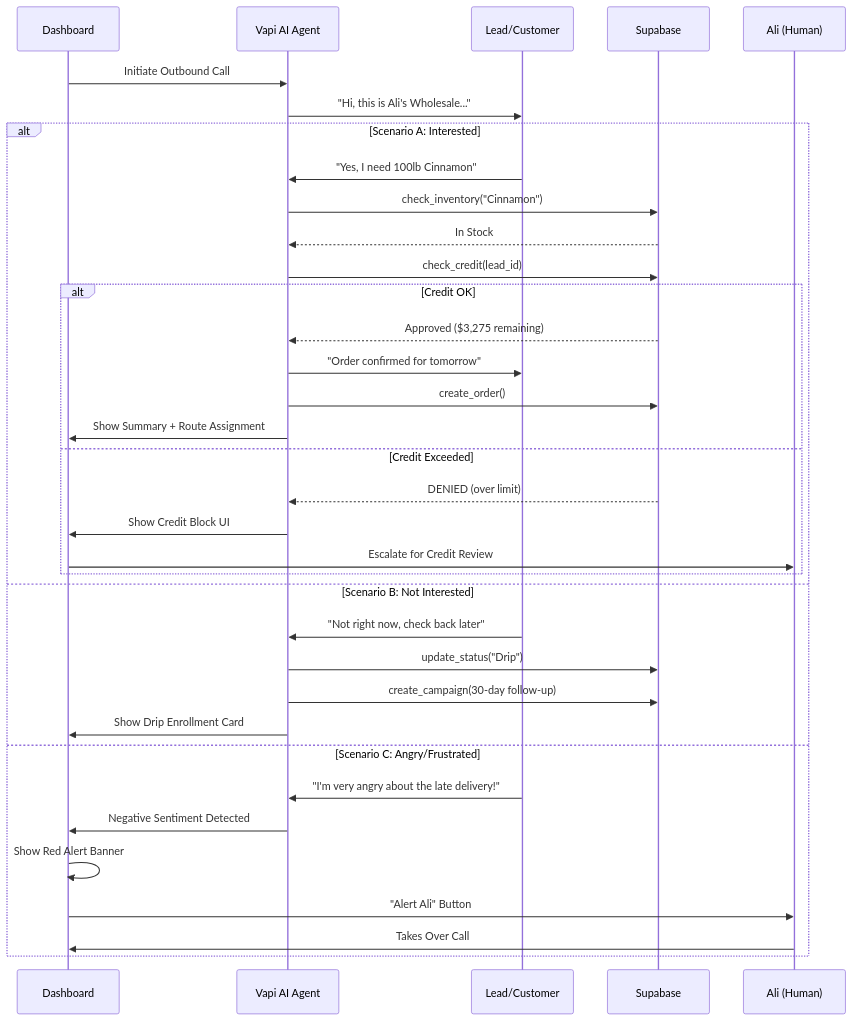
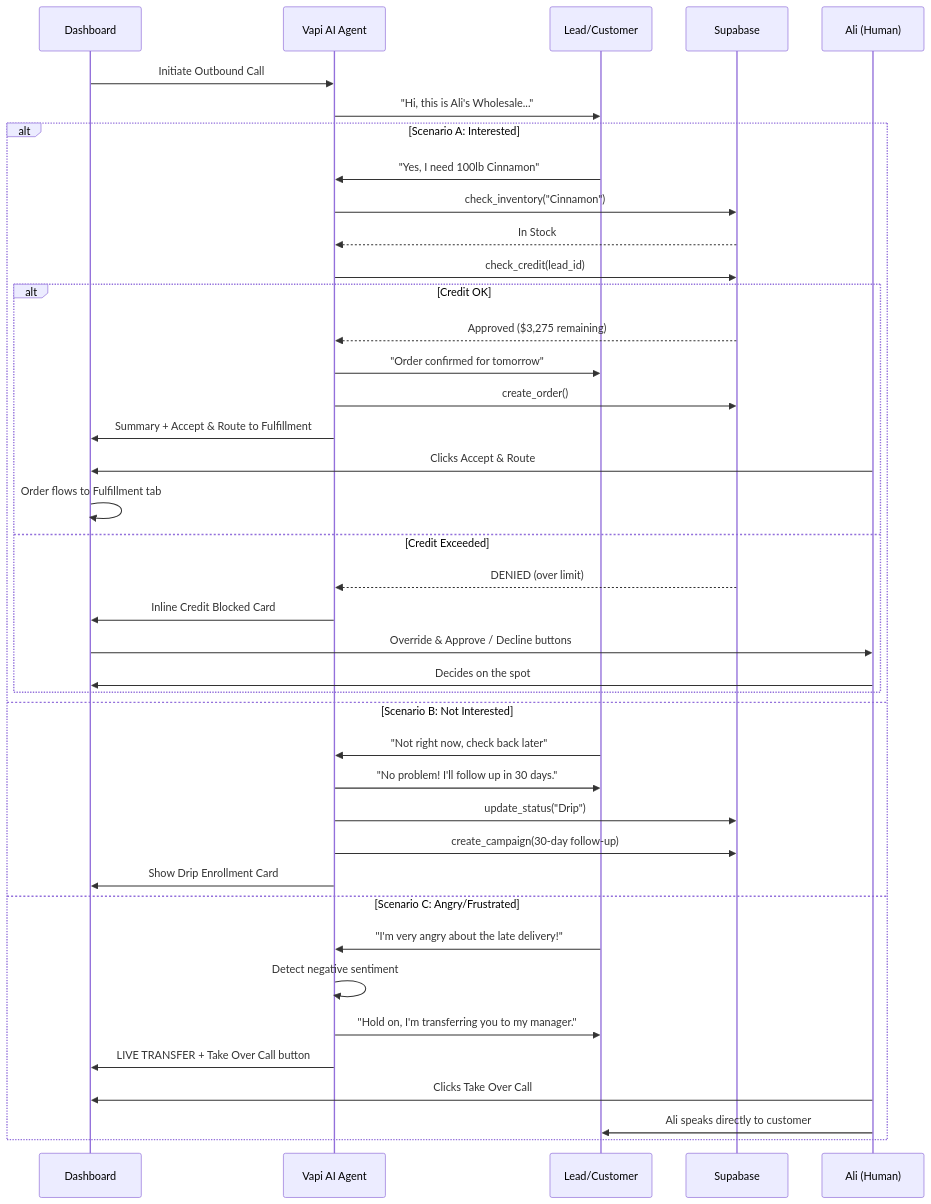
Before and after one commit to sk6786/AliWholesaleSaas: the diagram in docs/diagrams/03_call_workflow.mmd, drawn with Mermaid. The commit also changed 7 other files, not shown here.

First line of the commit message:
UX redesign: inline interrupts, live transfer, fulfillment with stop ordering

```diff
--- a/docs/diagrams/03_call_workflow.mmd
+++ b/docs/diagrams/03_call_workflow.mmd
@@ -1,37 +1,42 @@
 sequenceDiagram
     participant D as Dashboard
     participant V as Vapi AI Agent
     participant L as Lead/Customer
     participant DB as Supabase
-    participant H as Ali (Human)
+    participant A as Ali (Human)
 
     D->>V: Initiate Outbound Call
     V->>L: "Hi, this is Ali's Wholesale..."
     
     alt Scenario A: Interested
         L->>V: "Yes, I need 100lb Cinnamon"
         V->>DB: check_inventory("Cinnamon")
         DB-->>V: In Stock
         V->>DB: check_credit(lead_id)
         alt Credit OK
             DB-->>V: Approved ($3,275 remaining)
             V->>L: "Order confirmed for tomorrow"
             V->>DB: create_order()
-            V->>D: Show Summary + Route Assignment
+            V->>D: Summary + Accept & Route to Fulfillment
+            A->>D: Clicks Accept & Route
+            D->>D: Order flows to Fulfillment tab
         else Credit Exceeded
             DB-->>V: DENIED (over limit)
-            V->>D: Show Credit Block UI
-            D->>H: Escalate for Credit Review
+            V->>D: Inline Credit Blocked Card
+            D->>A: Override & Approve / Decline buttons
+            A->>D: Decides on the spot
         end
     else Scenario B: Not Interested
         L->>V: "Not right now, check back later"
+        V->>L: "No problem! I'll follow up in 30 days."
         V->>DB: update_status("Drip")
         V->>DB: create_campaign(30-day follow-up)
         V->>D: Show Drip Enrollment Card
     else Scenario C: Angry/Frustrated
         L->>V: "I'm very angry about the late delivery!"
-        V->>D: Negative Sentiment Detected
-        D->>D: Show Red Alert Banner
-        D->>H: "Alert Ali" Button
-        H->>D: Takes Over Call
+        V->>V: Detect negative sentiment
+        V->>L: "Hold on, I'm transferring you to my manager."
+        V->>D: LIVE TRANSFER + Take Over Call button
+        A->>D: Clicks Take Over Call
+        A->>L: Ali speaks directly to customer
     end
```
